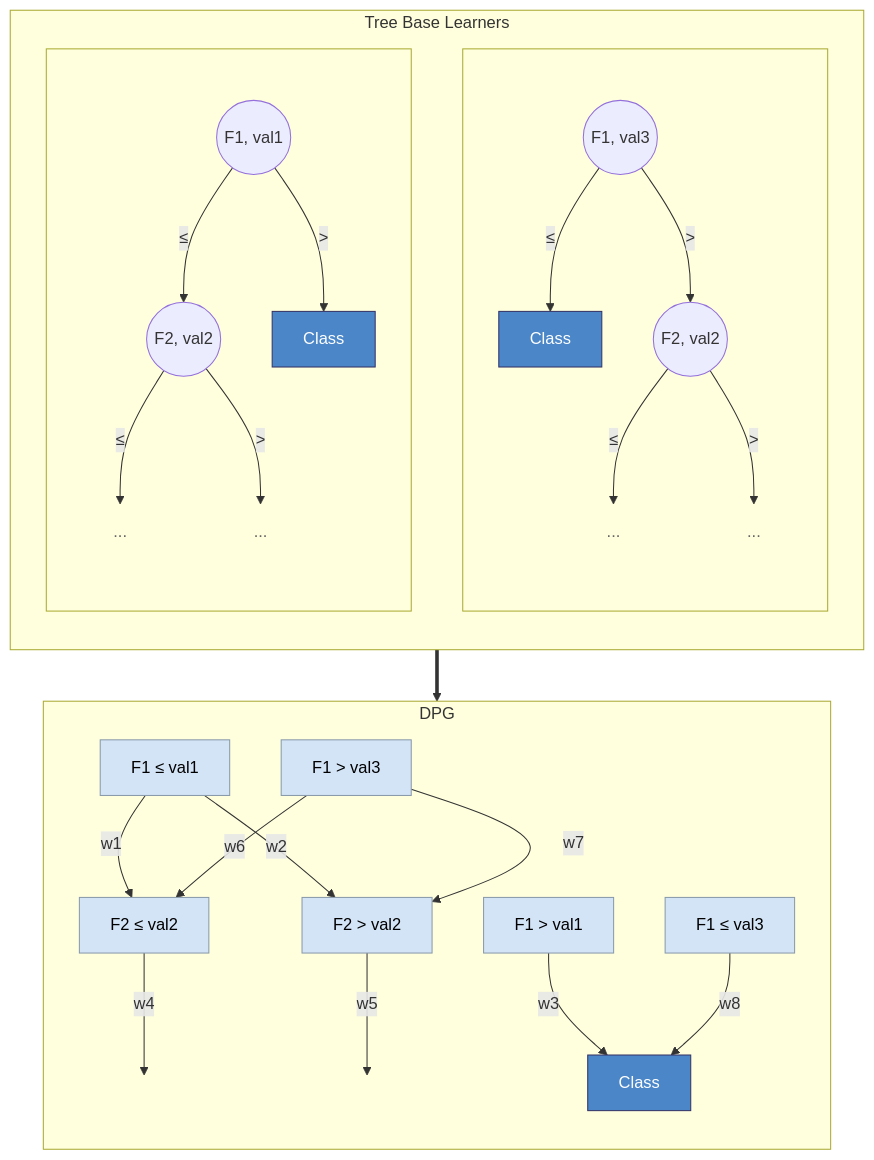
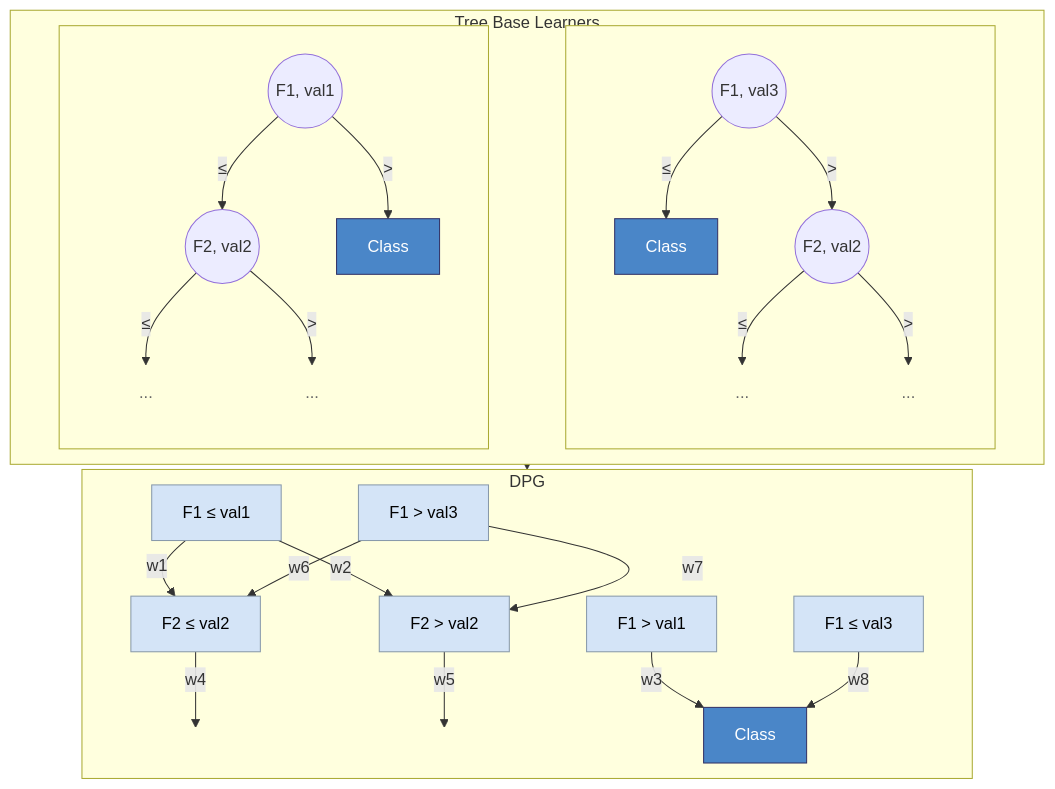
Before and after one commit to Meta-Group/DPG: the diagram in README.md, drawn with Mermaid.

Commit message:
Add mermaid diagram initialization

````diff
--- a/README.md
+++ b/README.md
@@ -29,75 +29,77 @@
 ```mermaid
+%%{init: {"flowchart": {"nodeSpacing": 75, "rankSpacing": 5}}}%%
+
 flowchart TB
     subgraph trees ["Tree Base Learners"]
         direction TB
         subgraph tree2 [" "]
             direction TB
             T2R(("F1, val3"))
             T2C["Class"]
             T2L(("F2, val2"))
             T2RL["..."]
             T2RR["..."]
             T2R -- "≤" --> T2C
             T2R -- ">" --> T2L
             T2L -- "≤" --> T2RL
             T2L -- ">" --> T2RR
         end
         subgraph tree1 [" "]
             direction TB
             T1R(("F1, val1"))
             T1L(("F2, val2"))
             T1C["Class"]
             T1LL["..."]
             T1LR["..."]
             T1R -- "≤" --> T1L
             T1R -- ">" --> T1C
             T1L -- "≤" --> T1LL
             T1L -- ">" --> T1LR
         end
     end
 
     trees ==> dpg
 
     subgraph dpg ["DPG"]
         direction TB
         
         E["F2 ≤ val2"]
         FF["F2 > val2"]
         G["Class"]
 
         E -- "w4" --> Eout
         FF -- "w5" --> Fout
 
 
 
         A["F1 ≤ val1"]
         B["F1 > val3"]
         C["F1 > val1"]
         D["F1 ≤ val3"]
         Eout((" "))
         Fout((" "))
 
         A -- "w1" --> E
         A -- "w2" --> FF
         B -- "w6" --> E
         B -- "w7" --> FF
         C -- "w3" --> G
         D -- "w8" --> G
     end
 
     style T1C fill:#4a86c8,color:#fff,stroke:#336
     style T2C fill:#4a86c8,color:#fff,stroke:#336
     style G fill:#4a86c8,color:#fff,stroke:#336
     style A fill:#d4e4f7,color:#000,stroke:#89a
     style B fill:#d4e4f7,color:#000,stroke:#89a
     style C fill:#d4e4f7,color:#000,stroke:#89a
     style D fill:#d4e4f7,color:#000,stroke:#89a
     style E fill:#d4e4f7,color:#000,stroke:#89a
     style FF fill:#d4e4f7,color:#000,stroke:#89a
     style T1LL fill:transparent,stroke:transparent,color:#666
     style T1LR fill:transparent,stroke:transparent,color:#666
     style T2RL fill:transparent,stroke:transparent,color:#666
     style T2RR fill:transparent,stroke:transparent,color:#666
     style Eout fill:transparent,stroke:transparent,color:transparent
     style Fout fill:transparent,stroke:transparent,color:transparent
 ```
````
